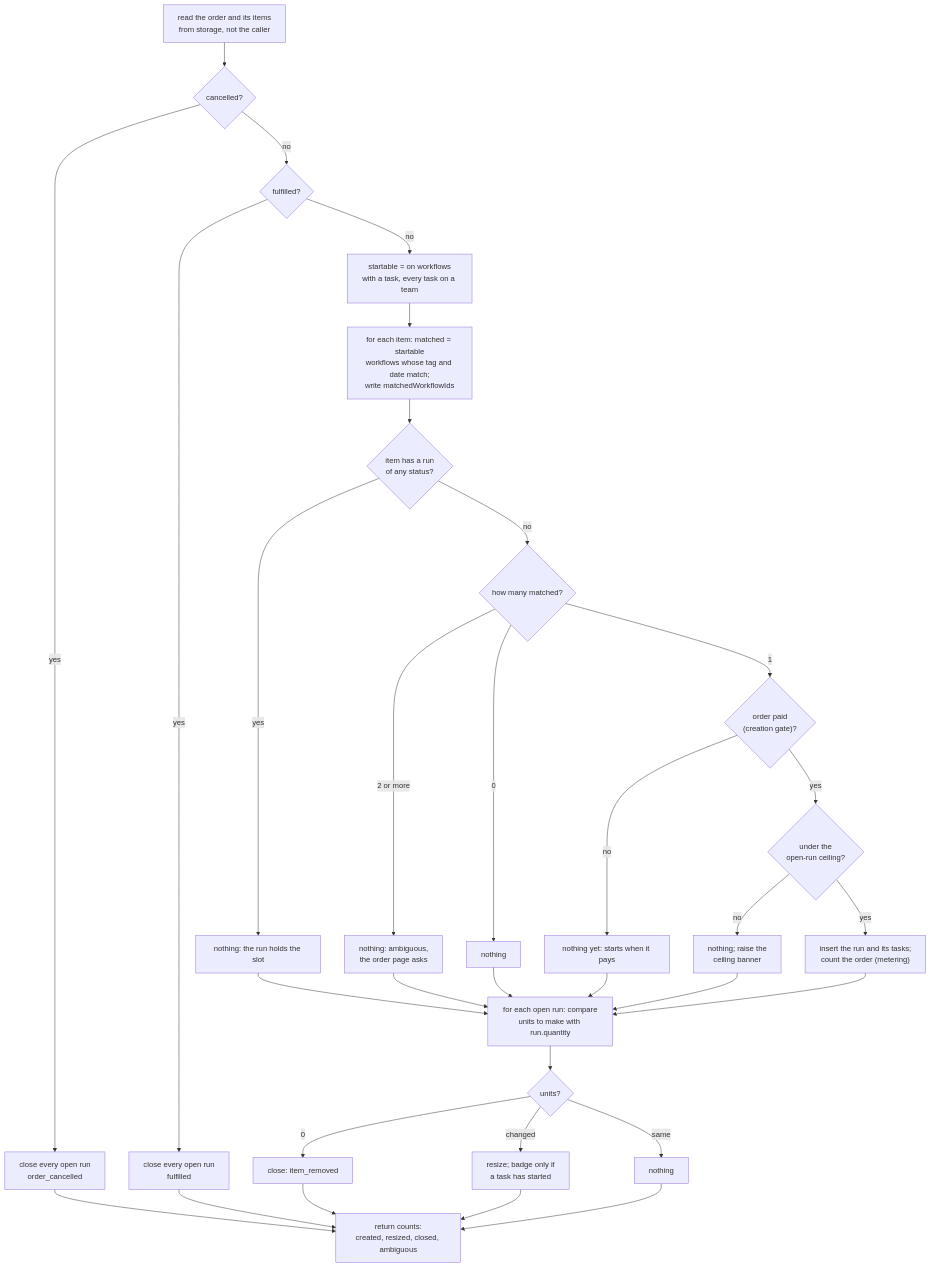
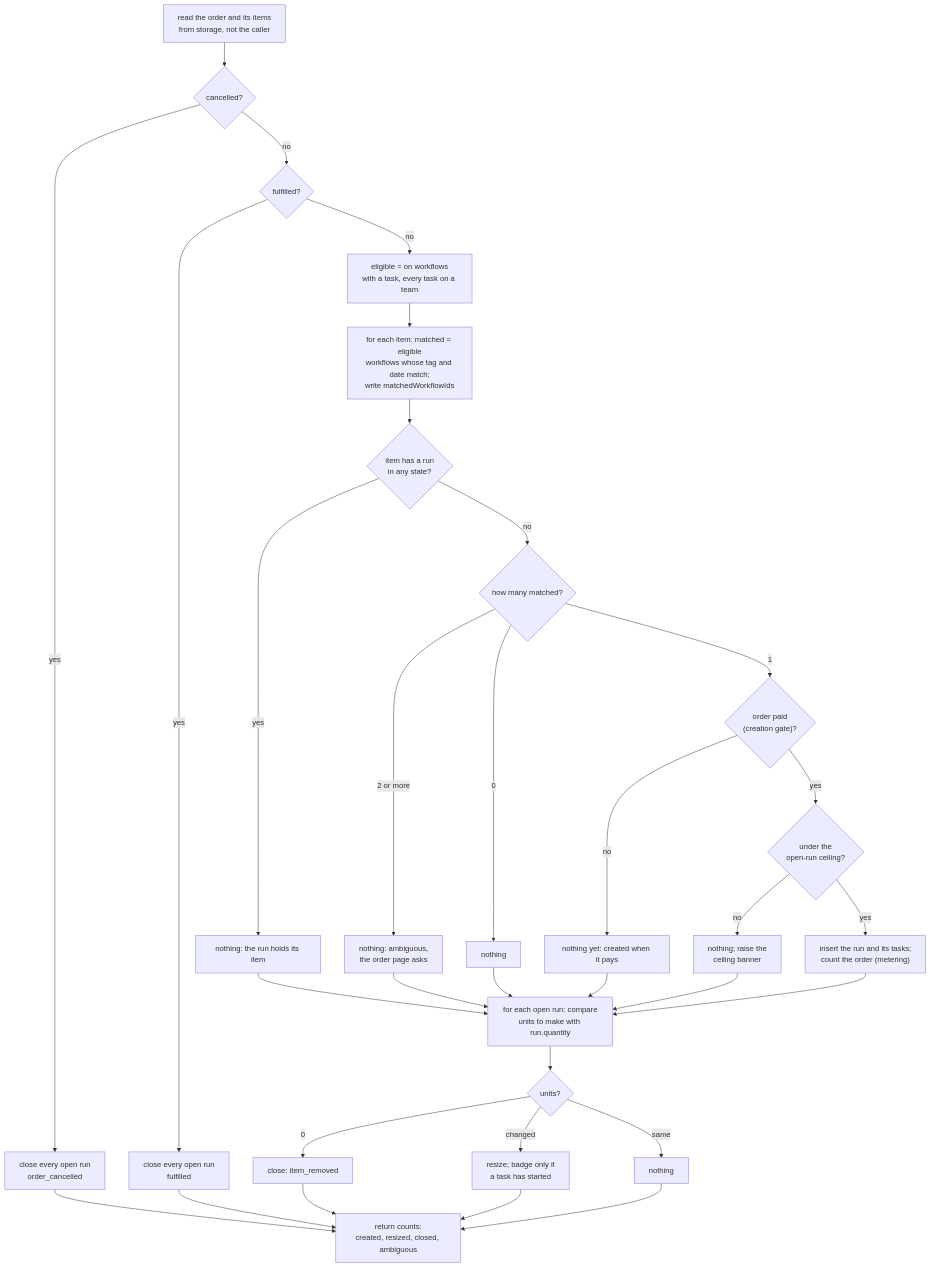
One commit to mw10013/baton changed the second of 2 diagrams in docs/reconcile-research.md. Above: the diagram before and after it, drawn with Mermaid. The commit also changed other lines of this file and 35 other files, not shown here.

First line of the commit message:
Cut the workflow coverage date; reconcile per item from derived matches

````diff
--- a/docs/reconcile-research.md
+++ b/docs/reconcile-research.md
@@ -119,33 +216,33 @@
 ```mermaid
 flowchart TD
   A["read the order and its items<br/>from storage, not the caller"] --> B{cancelled?}
   B -- yes --> C["close every open run<br/>order_cancelled"] --> Z
   B -- no --> D{fulfilled?}
   D -- yes --> E["close every open run<br/>fulfilled"] --> Z
-  D -- no --> F["startable = on workflows<br/>with a task, every task on a team"]
-  F --> G["for each item: matched = startable<br/>workflows whose tag and date match;<br/>write matchedWorkflowIds"]
-  G --> H{"item has a run<br/>of any status?"}
-  H -- yes --> I["nothing: the run holds the slot"]
+  D -- no --> F["eligible = on workflows<br/>with a task, every task on a team"]
+  F --> G["for each item: matched = eligible<br/>workflows whose tag and date match;<br/>write matchedWorkflowIds"]
+  G --> H{"item has a run<br/>in any state?"}
+  H -- yes --> I["nothing: the run holds its item"]
   H -- no --> J{how many matched?}
   J -- "2 or more" --> K["nothing: ambiguous,<br/>the order page asks"]
   J -- "0" --> L["nothing"]
   J -- "1" --> M{"order paid<br/>(creation gate)?"}
-  M -- no --> N["nothing yet: starts when it pays"]
+  M -- no --> N["nothing yet: created when it pays"]
   M -- yes --> O{"under the<br/>open-run ceiling?"}
   O -- no --> P["nothing; raise the<br/>ceiling banner"]
   O -- yes --> Q["insert the run and its tasks;<br/>count the order (metering)"]
   I --> R
   K --> R
   L --> R
   N --> R
   P --> R
   Q --> R
   R["for each open run: compare<br/>units to make with run.quantity"] --> S{units?}
   S -- "0" --> T["close: item_removed"]
   S -- "changed" --> U["resize; badge only if<br/>a task has started"]
   S -- "same" --> V["nothing"]
   T --> Z
   U --> Z
   V --> Z
   Z["return counts:<br/>created, resized, closed, ambiguous"]
 ```
````
